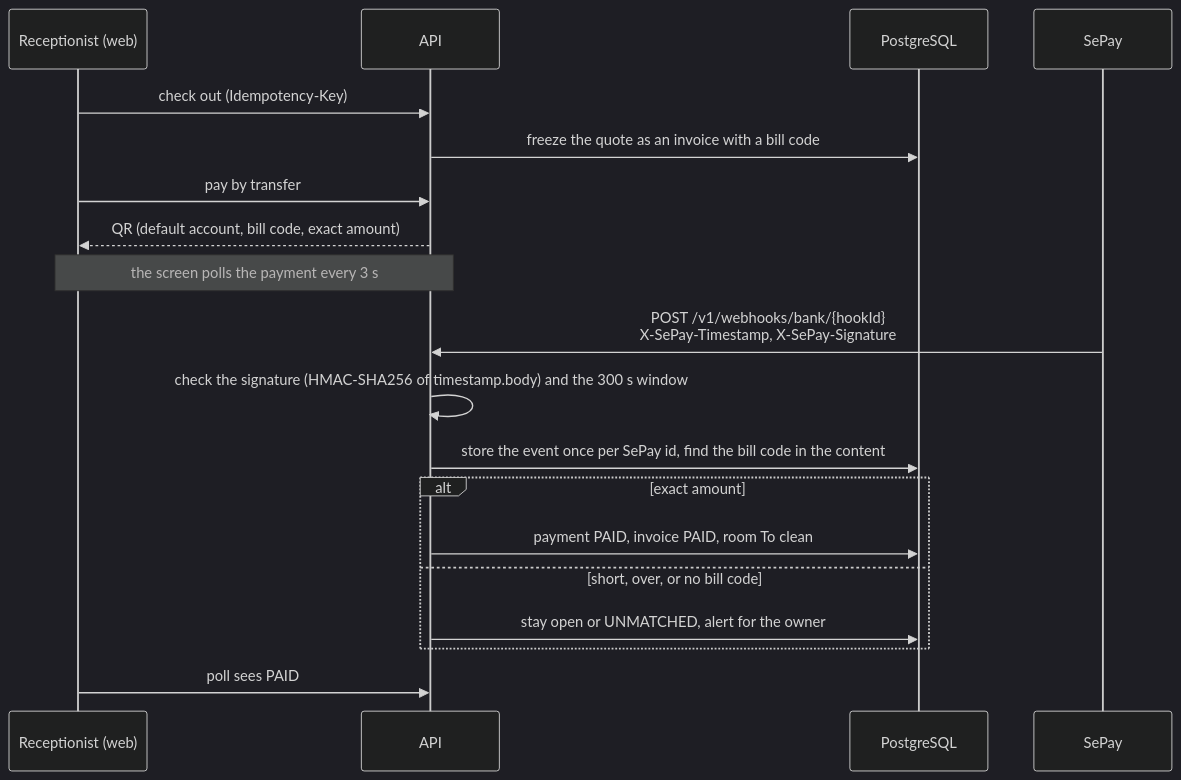
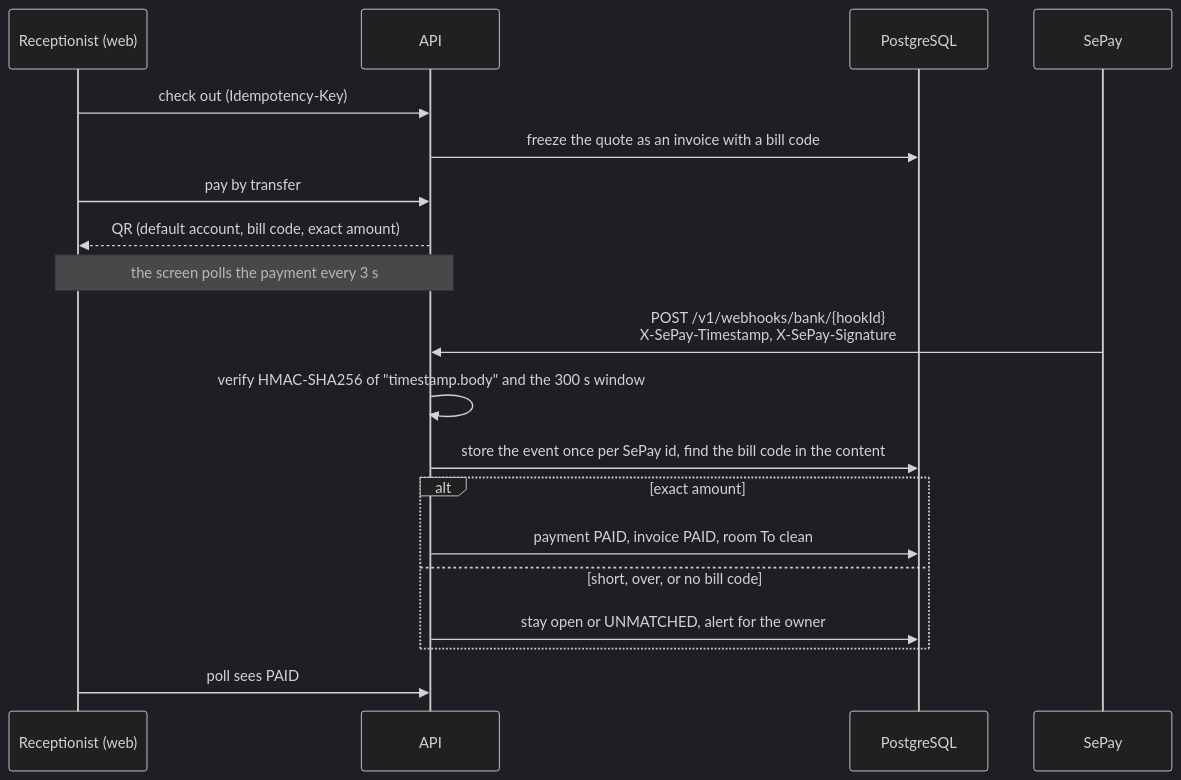
One commit to pcaokhai/stayguard changed the second of 3 diagrams in README.md. Above: the diagram before and after it, drawn with Mermaid (dark theme). The commit also changed other lines of this file and 1 other file, not shown here.

````diff
--- a/README.md
+++ b/README.md
@@ -35,21 +131,21 @@
 ```mermaid
 sequenceDiagram
   participant R as Receptionist (web)
   participant A as API
   participant D as PostgreSQL
   participant B as SePay
   R->>A: check out (Idempotency-Key)
   A->>D: freeze the quote as an invoice with a bill code
   R->>A: pay by transfer
   A-->>R: QR (default account, bill code, exact amount)
   Note over R,A: the screen polls the payment every 3 s
   B->>A: POST /v1/webhooks/bank/{hookId}<br/>X-SePay-Timestamp, X-SePay-Signature
-  A->>A: check the signature (HMAC-SHA256 of timestamp.body) and the 300 s window
+  A->>A: verify HMAC-SHA256 of "timestamp.body" and the 300 s window
   A->>D: store the event once per SePay id, find the bill code in the content
   alt exact amount
     A->>D: payment PAID, invoice PAID, room To clean
   else short, over, or no bill code
     A->>D: stay open or UNMATCHED, alert for the owner
   end
   R->>A: poll sees PAID
 ```
````
